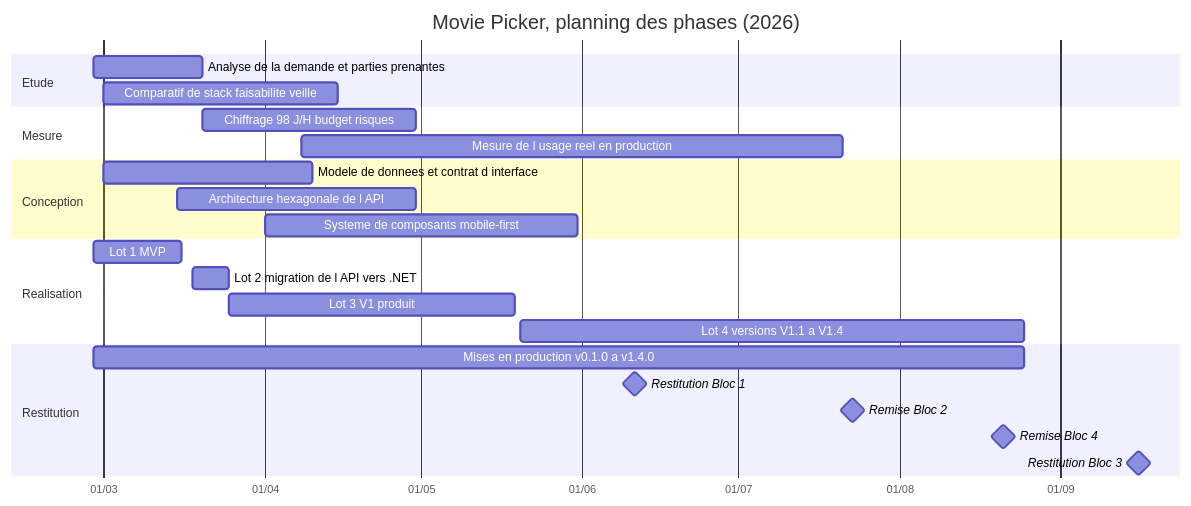
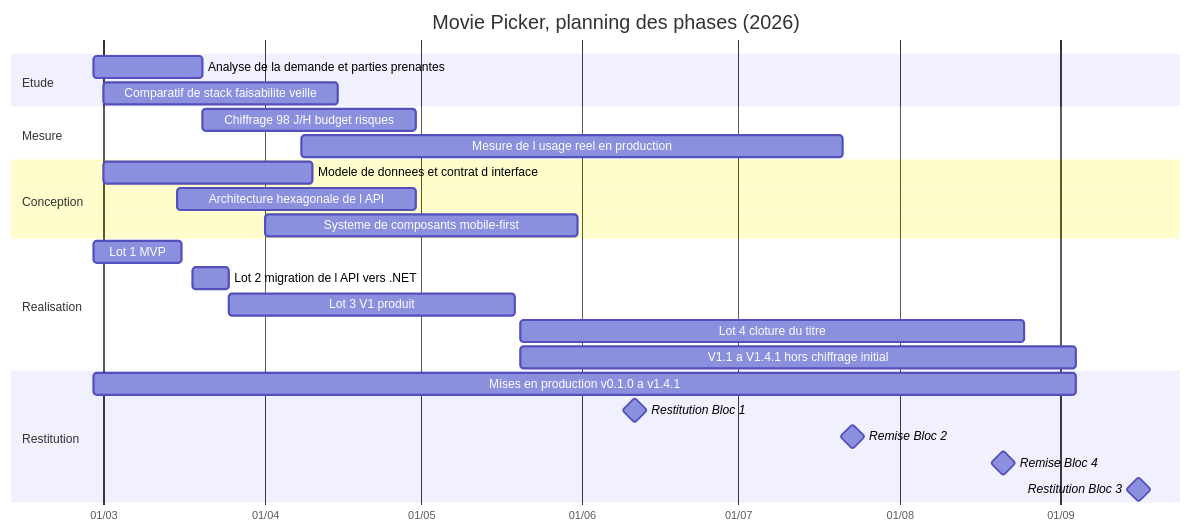
One commit to Affy657/Movie-Picker changed the diagram in docs/RNCP/bloc-3-coordination-pilotage/01-planification.md. Above: the diagram before and after it, drawn with Mermaid. The commit also changed other lines of this file and 11 other files, not shown here.

````diff
--- a/docs/RNCP/bloc-3-coordination-pilotage/01-planification.md
+++ b/docs/RNCP/bloc-3-coordination-pilotage/01-planification.md
@@ -109,33 +109,34 @@
 ```mermaid
 gantt
     title Movie Picker, planning des phases (2026)
     dateFormat YYYY-MM-DD
     axisFormat %d/%m
     todayMarker off
 
     section Etude
     Analyse de la demande et parties prenantes  :2026-02-27, 21d
     Comparatif de stack faisabilite veille      :2026-03-01, 45d
 
     section Mesure
     Chiffrage 98 J/H budget risques             :2026-03-20, 41d
     Mesure de l usage reel en production        :2026-04-08, 104d
 
     section Conception
     Modele de donnees et contrat d interface    :2026-03-01, 40d
     Architecture hexagonale de l API            :2026-03-15, 46d
     Systeme de composants mobile-first          :2026-04-01, 60d
 
     section Realisation
     Lot 1 MVP                                   :2026-02-27, 17d
     Lot 2 migration de l API vers .NET          :2026-03-18, 7d
     Lot 3 V1 produit                            :2026-03-25, 55d
-    Lot 4 versions V1.1 a V1.4                  :2026-05-20, 97d
+    Lot 4 cloture du titre                      :2026-05-20, 97d
+    V1.1 a V1.4.1 hors chiffrage initial        :2026-05-20, 107d
 
     section Restitution
-    Mises en production v0.1.0 a v1.4.0         :2026-02-27, 179d
+    Mises en production v0.1.0 a v1.4.1         :2026-02-27, 189d
     Restitution Bloc 1                         :milestone, 2026-06-11, 0d
     Remise Bloc 2                              :milestone, 2026-07-23, 0d
     Remise Bloc 4                              :milestone, 2026-08-21, 0d
     Restitution Bloc 3                         :milestone, 2026-09-16, 0d
 ```
````
